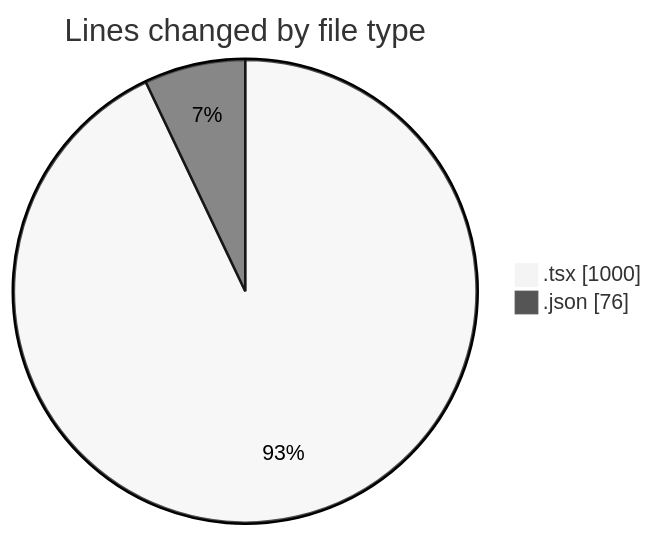
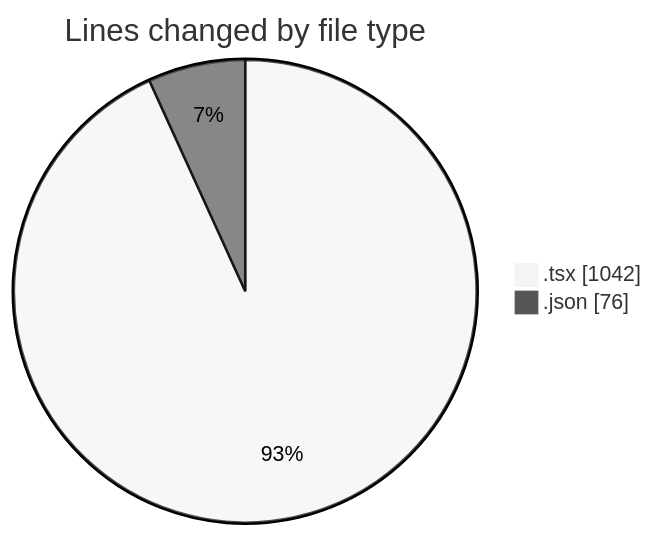
One commit to nxtqubesakshisongat/code-tracking changed the first of 2 diagrams in 2026-01-30/nxtqube_webapp/README.md. Above: the diagram before and after it, drawn with Mermaid (neutral theme). The commit also changed other lines of this file and 1 other file, not shown here.

````diff
--- a/2026-01-30/nxtqube_webapp/README.md
+++ b/2026-01-30/nxtqube_webapp/README.md
@@ -23,6 +23,6 @@
 ```mermaid
 pie showData
 title Lines changed by file type
-".tsx" : 1000
+".tsx" : 1042
 ".json" : 76
 ```
````
